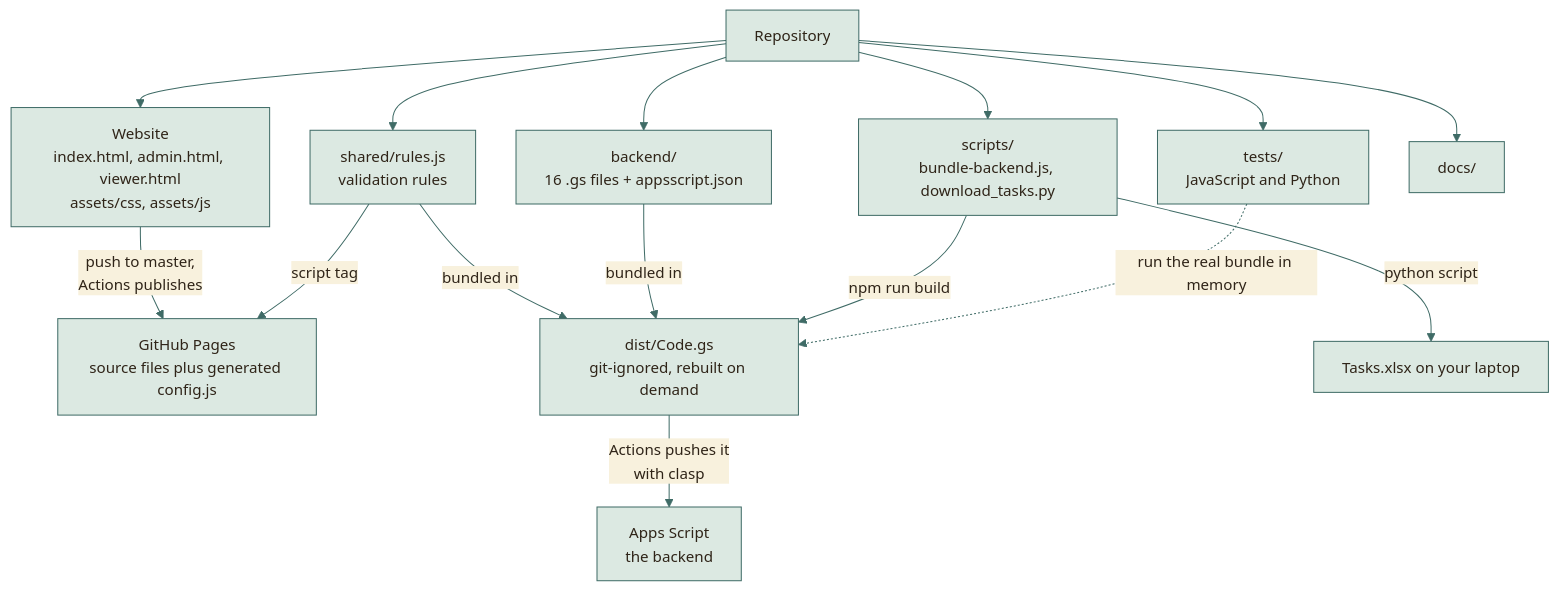
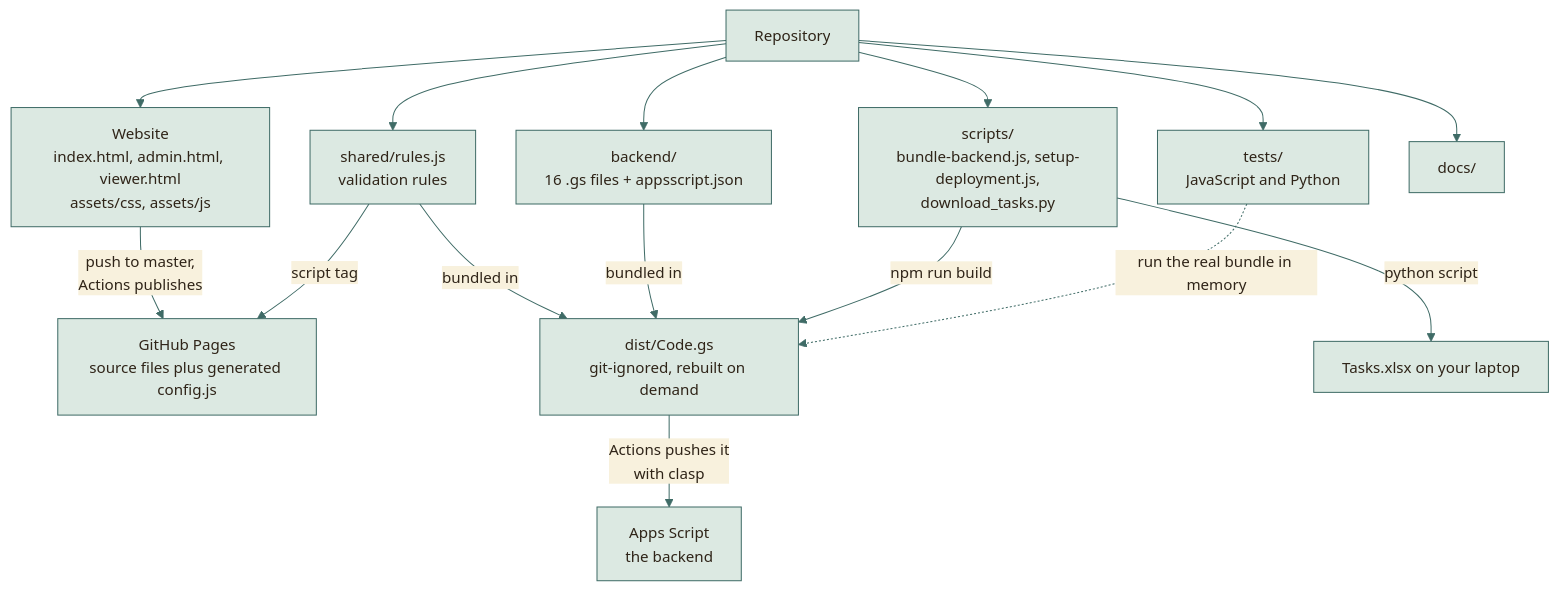
One commit to moyeh04/forms-platform changed the first of 3 diagrams in docs/MODULES.md. Above: the diagram before and after it, drawn with Mermaid. The commit also changed other lines of this file and 8 other files, not shown here.

````diff
--- a/docs/MODULES.md
+++ b/docs/MODULES.md
@@ -7,47 +7,47 @@
 ```mermaid
 %%{init: {
   'theme': 'base',
   'themeVariables': {
     'fontFamily': 'ui-sans-serif, system-ui, -apple-system, Segoe UI, Roboto, sans-serif',
     'fontSize': '15px',
     'primaryColor': '#DCE9E2', 'primaryBorderColor': '#3F6B66', 'primaryTextColor': '#2F2418',
     'secondaryColor': '#F0E4C8', 'secondaryBorderColor': '#C9A24A', 'secondaryTextColor': '#2F2418',
     'tertiaryColor': '#F6EFDC', 'tertiaryBorderColor': '#CDBB94', 'tertiaryTextColor': '#2F2418',
     'lineColor': '#3F6B66', 'textColor': '#2F2418', 'mainBkg': '#DCE9E2', 'nodeBorder': '#3F6B66',
     'clusterBkg': '#F6EFDC', 'clusterBorder': '#CDBB94', 'titleColor': '#2F2418',
     'edgeLabelBackground': '#F8F1DD',
     'actorBkg': '#DCE9E2', 'actorBorder': '#3F6B66', 'actorTextColor': '#2F2418', 'actorLineColor': '#8FB3AB',
     'signalColor': '#477A73', 'signalTextColor': '#477A73',
     'labelBoxBkgColor': '#F0E4C8', 'labelBoxBorderColor': '#C9A24A', 'labelTextColor': '#2F2418', 'loopTextColor': '#6A5A44',
     'noteBkgColor': '#FBEFC9', 'noteBorderColor': '#C9A24A', 'noteTextColor': '#2F2418',
     'activationBkgColor': '#DCE9E2', 'activationBorderColor': '#3F6B66', 'sequenceNumberColor': '#F8F1DD',
     'transitionColor': '#3F6B66', 'stateLabelColor': '#2F2418', 'stateBkg': '#DCE9E2', 'altBackground': '#F6EFDC',
     'attributeBackgroundColorOdd': '#F8F1DD', 'attributeBackgroundColorEven': '#F0E4C8'
   },
   'flowchart': {'curve': 'basis', 'padding': 14, 'nodeSpacing': 40, 'rankSpacing': 46},
   'sequence': {'mirrorActors': false, 'messageMargin': 34, 'boxMargin': 8}
 }}%%
 flowchart TD
     repo["Repository"]
     repo --> web["Website<br/>index.html, admin.html, viewer.html<br/>assets/css, assets/js"]
     repo --> shared["shared/rules.js<br/>validation rules"]
     repo --> be["backend/<br/>16 .gs files + appsscript.json"]
-    repo --> sc["scripts/<br/>bundle-backend.js, download_tasks.py"]
+    repo --> sc["scripts/<br/>bundle-backend.js, setup-deployment.js,<br/>download_tasks.py"]
     repo --> ts["tests/<br/>JavaScript and Python"]
     repo --> dc["docs/"]
 
     web -- "push to master,<br/>Actions publishes" --> gh["GitHub Pages<br/>source files plus generated config.js"]
     shared -- "script tag" --> gh
     shared -- "bundled in" --> dist["dist/Code.gs<br/>git-ignored, rebuilt on demand"]
     be -- "bundled in" --> dist
     sc -- "npm run build" --> dist
     dist -- "Actions pushes it<br/>with clasp" --> gas["Apps Script<br/>the backend"]
     sc -- "python script" --> xl["Tasks.xlsx on your laptop"]
     ts -. "run the real bundle in memory" .-> dist
     classDef cDb fill:#F3E2B3,stroke:#B8892D,stroke-width:1.5px,color:#2F2418
     classDef cActor fill:#F4D9D3,stroke:#9A3328,stroke-width:1.5px,color:#2F2418
     classDef cDec fill:#FBEFC9,stroke:#C9A24A,stroke-width:1.5px,color:#2F2418
     classDef cEnd fill:#2F2418,stroke:#2F2418,color:#F8F1DD
     classDef cErr fill:#F6D5CF,stroke:#A12B1F,stroke-width:1.5px,color:#5A140C
     classDef cOk fill:#BFD9CF,stroke:#2E5A55,stroke-width:1.5px,color:#17302D
 ```
````
